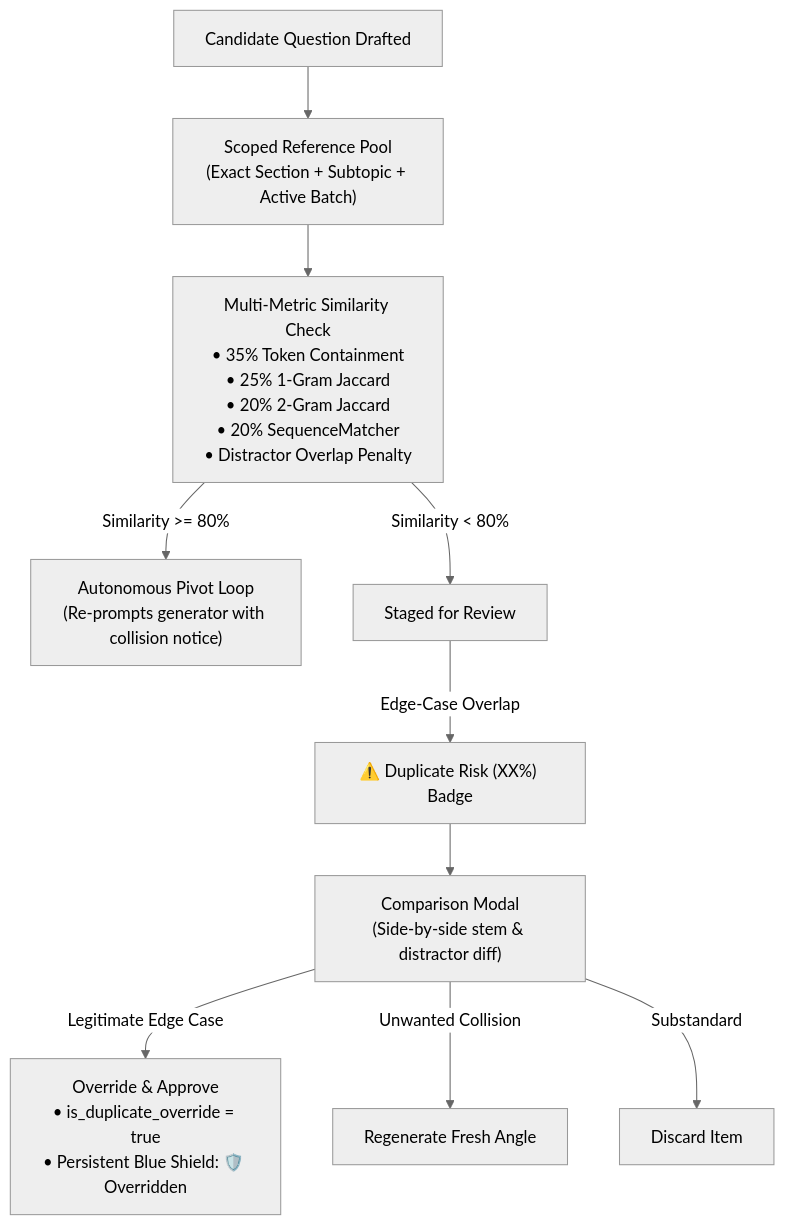
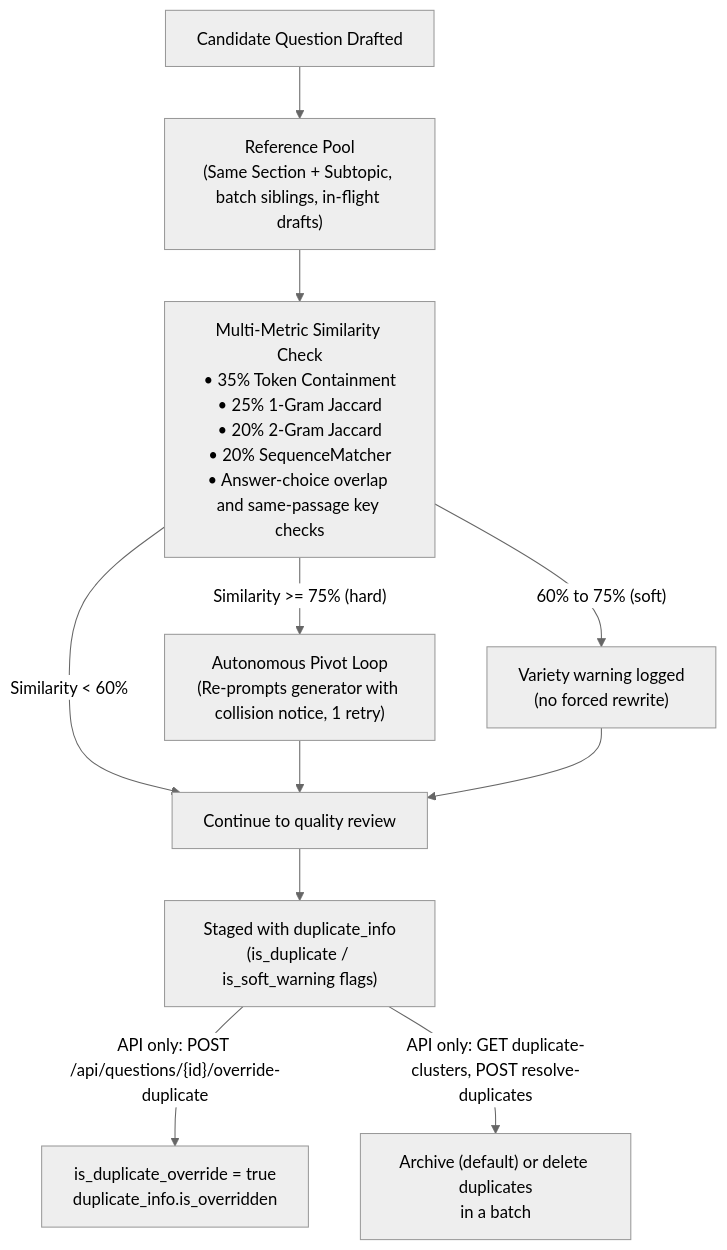
The fourth of 6 diagrams in docs/CLIENT_SYSTEM_AND_WORKFLOW_GUIDE.md (VishwamPatel-Infynno/Question-Bank-Generator), drawn with Mermaid (neutral theme) before and after one commit. The commit also changed other lines of this file and 24 other files, not shown here.

Commit message:
docs: comprehensive documentation synchronization, architecture alignment, and glossary addition

````diff
--- a/docs/CLIENT_SYSTEM_AND_WORKFLOW_GUIDE.md
+++ b/docs/CLIENT_SYSTEM_AND_WORKFLOW_GUIDE.md
@@ -231,15 +270,15 @@
 ```mermaid
 flowchart TD
-    Candidate["Candidate Question Drafted"] --> ScopedPool["Scoped Reference Pool<br/>(Exact Section + Subtopic + Active Batch)"]
-    ScopedPool --> MathCheck["Multi-Metric Similarity Check<br/>• 35% Token Containment<br/>• 25% 1-Gram Jaccard<br/>• 20% 2-Gram Jaccard<br/>• 20% SequenceMatcher<br/>• Distractor Overlap Penalty"]
-    
-    MathCheck -->|Similarity >= 80%| Pivot["Autonomous Pivot Loop<br/>(Re-prompts generator with collision notice)"]
-    MathCheck -->|Similarity < 80%| ReviewQueue["Staged for Review"]
+    Candidate["Candidate Question Drafted"] --> ScopedPool["Reference Pool<br/>(Same Section + Subtopic, batch siblings, in-flight drafts)"]
+    ScopedPool --> MathCheck["Multi-Metric Similarity Check<br/>• 35% Token Containment<br/>• 25% 1-Gram Jaccard<br/>• 20% 2-Gram Jaccard<br/>• 20% SequenceMatcher<br/>• Answer-choice overlap and same-passage key checks"]
 
-    ReviewQueue -->|Edge-Case Overlap| Warning["⚠️ Duplicate Risk (XX%) Badge"]
-    Warning --> Modal["Comparison Modal<br/>(Side-by-side stem & distractor diff)"]
-    
-    Modal -->|Legitimate Edge Case| Override["Override & Approve<br/>• is_duplicate_override = true<br/>• Persistent Blue Shield: 🛡️ Overridden"]
-    Modal -->|Unwanted Collision| Regenerate["Regenerate Fresh Angle"]
-    Modal -->|Substandard| Discard["Discard Item"]
+    MathCheck -->|"Similarity >= 75% (hard)"| Pivot["Autonomous Pivot Loop<br/>(Re-prompts generator with collision notice, 1 retry)"]
+    MathCheck -->|"60% to 75% (soft)"| Warn["Variety warning logged<br/>(no forced rewrite)"]
+    MathCheck -->|"Similarity < 60%"| Continue["Continue to quality review"]
+    Pivot --> Continue
+    Warn --> Continue
+
+    Continue --> Flags["Staged with duplicate_info<br/>(is_duplicate / is_soft_warning flags)"]
+    Flags -->|"API only: POST /api/questions/{id}/override-duplicate"| Override["is_duplicate_override = true<br/>duplicate_info.is_overridden"]
+    Flags -->|"API only: GET duplicate-clusters, POST resolve-duplicates"| Resolve["Archive (default) or delete duplicates<br/>in a batch"]
 ```
````
